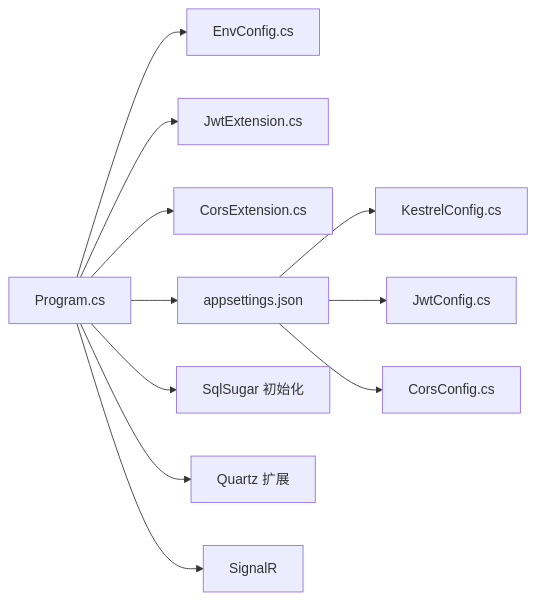
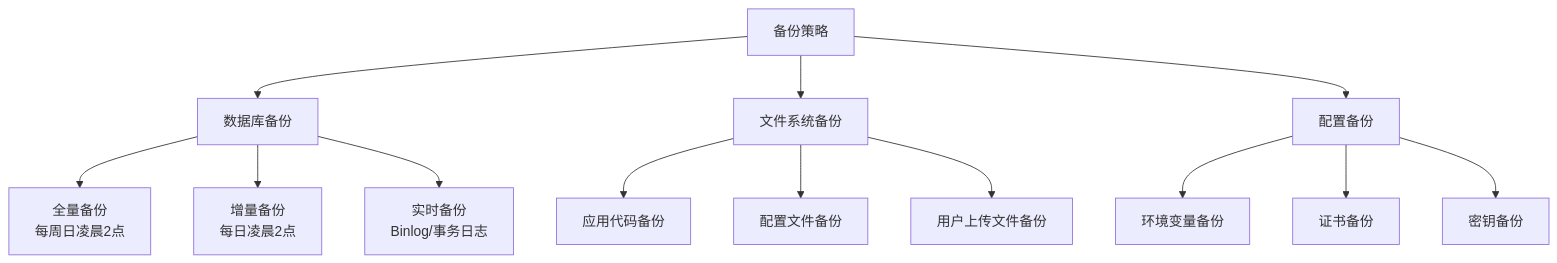
The sixth of 6 diagrams in .qoder/repowiki/zh/content/部署指南/部署指南.md (leadiot/Scm.Net), drawn with Mermaid before and after one commit. The commit also changed other lines of this file and 126 other files, not shown here.

````diff
--- a/.qoder/repowiki/zh/content/部署指南/部署指南.md
+++ b/.qoder/repowiki/zh/content/部署指南/部署指南.md
@@ -326,13 +484,15 @@
 ```mermaid
-graph LR
-Program["Program.cs"] --> Env["EnvConfig.cs"]
-Program --> JwtExt["JwtExtension.cs"]
-Program --> CorsExt["CorsExtension.cs"]
-Program --> Settings["appsettings.json"]
-Program --> SqlInit["SqlSugar 初始化"]
-Program --> Quartz["Quartz 扩展"]
-Program --> SignalR["SignalR"]
-Settings --> Kestrel["KestrelConfig.cs"]
-Settings --> Jwt["JwtConfig.cs"]
-Settings --> Cors["CorsConfig.cs"]
+graph TB
+A["备份策略"] --> B["数据库备份"]
+A --> C["文件系统备份"]
+A --> D["配置备份"]
+B --> E["全量备份<br/>每周日凌晨2点"]
+B --> F["增量备份<br/>每日凌晨2点"]
+B --> G["实时备份<br/>Binlog/事务日志"]
+C --> H["应用代码备份"]
+C --> I["配置文件备份"]
+C --> J["用户上传文件备份"]
+D --> K["环境变量备份"]
+D --> L["证书备份"]
+D --> M["密钥备份"]
 ```
````
